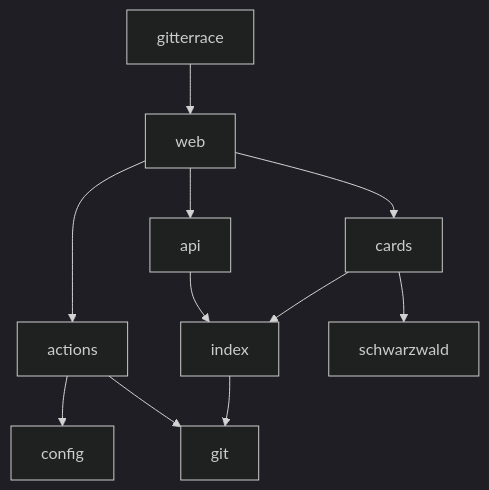
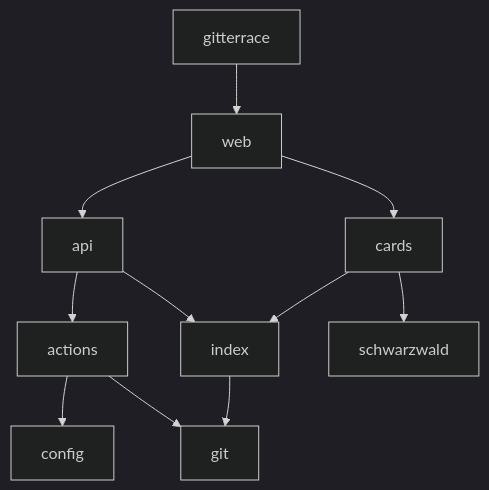
Before and after one commit to gitterrace/gitterrace: the diagram in docs/architecture.md, drawn with Mermaid (dark theme). The commit also changed 16 other files, not shown here.

````diff
--- a/docs/architecture.md
+++ b/docs/architecture.md
@@ -4,13 +4,13 @@
 ```mermaid
 flowchart TD
   gitterrace --> web
   actions --> config
   actions --> git
+  api --> actions
   api --> index
   cards --> index
   cards --> schwarzwald
   index --> git
-  web --> actions
   web --> api
   web --> cards
 ```
````
